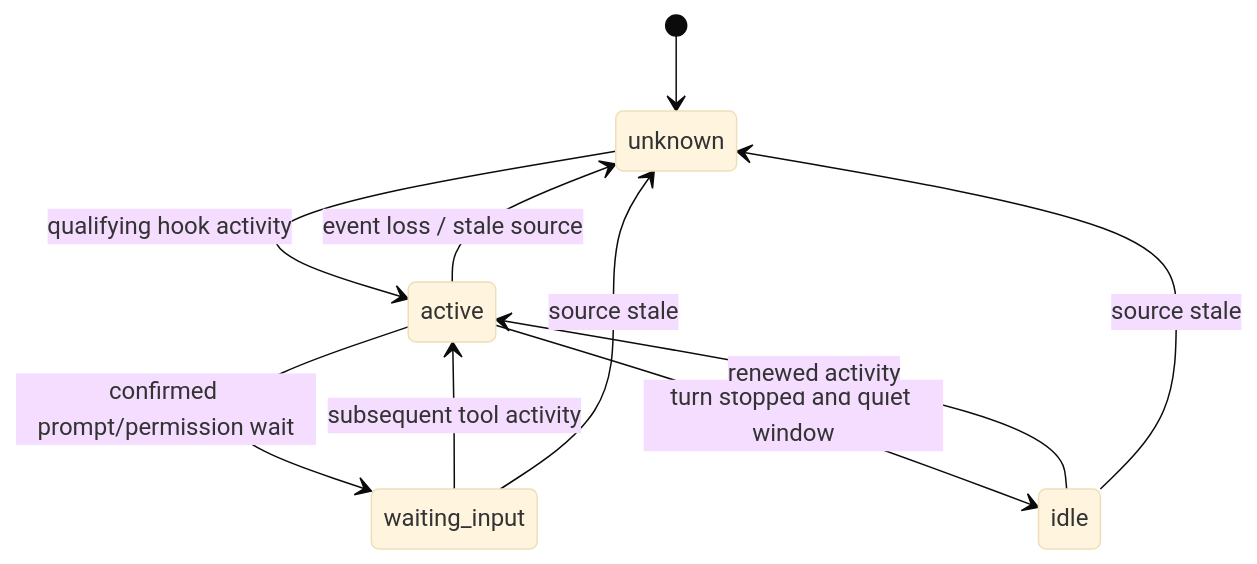
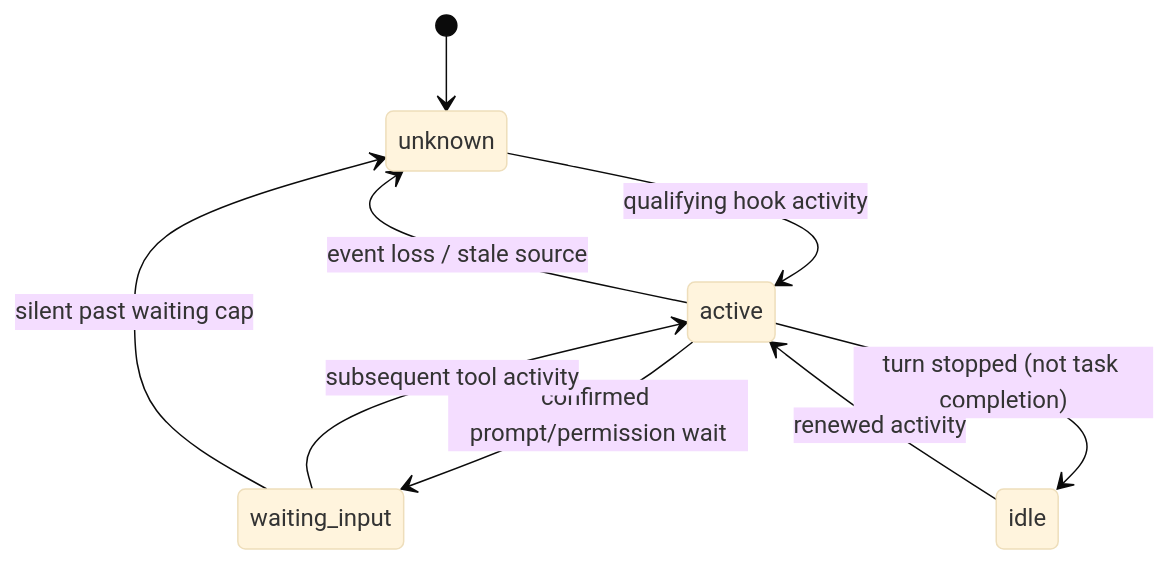
Before and after one commit to filip-a-9/beebreak: the second of 2 diagrams in docs/ARCHITECTURE.md, drawn with Mermaid (base theme). The commit also changed other lines of this file and 17 other files, not shown here.

````diff
--- a/docs/ARCHITECTURE.md
+++ b/docs/ARCHITECTURE.md
@@ -180,12 +180,11 @@
 ```mermaid
 stateDiagram-v2
     [*] --> unknown
     unknown --> active: qualifying hook activity
     active --> waiting_input: confirmed prompt/permission wait
-    active --> idle: turn stopped and quiet window
+    active --> idle: turn stopped (not task completion)
     waiting_input --> active: subsequent tool activity
     idle --> active: renewed activity
     active --> unknown: event loss / stale source
-    idle --> unknown: source stale
-    waiting_input --> unknown: source stale
+    waiting_input --> unknown: silent past waiting cap
 ```
````
